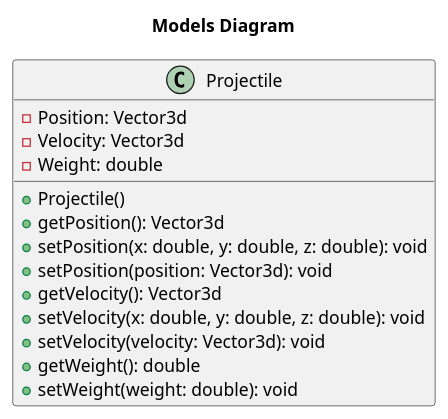
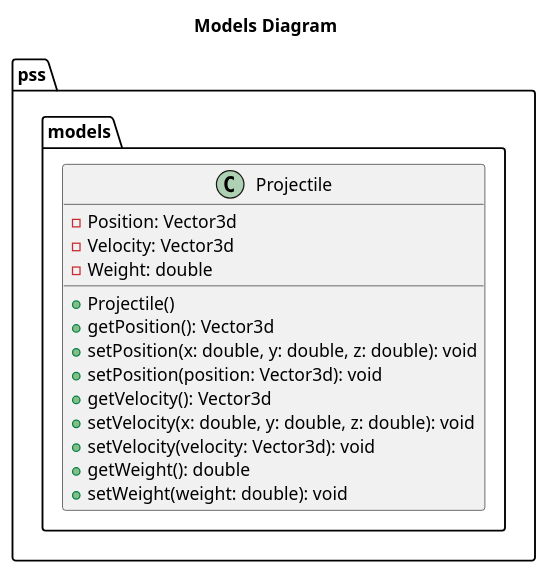
The fourth of 8 diagrams in docs/res/design.org (katanallama/projectile-simulation-suite), drawn with PlantUML before and after one commit. The commit also changed other lines of this file and 12 other files, not shown here.

```diff
--- a/docs/res/design.org
+++ b/docs/res/design.org
@@ -71,21 +208,23 @@
 #+begin_src plantuml :file projectile.png
 @startuml
 title Models Diagram
 
-class "Projectile" as Projectile {
-    -Position: Vector3d
-    -Velocity: Vector3d
-    -Weight: double
-    +Projectile()
-    +getPosition(): Vector3d
-    +setPosition(x: double, y: double, z: double): void
-    +setPosition(position: Vector3d): void
-    +getVelocity(): Vector3d
-    +setVelocity(x: double, y: double, z: double): void
-    +setVelocity(velocity: Vector3d): void
-    +getWeight(): double
-    +setWeight(weight: double): void
+package pss.models {
+    class "Projectile" as Projectile {
+        -Position: Vector3d
+        -Velocity: Vector3d
+        -Weight: double
+        +Projectile()
+        +getPosition(): Vector3d
+        +setPosition(x: double, y: double, z: double): void
+        +setPosition(position: Vector3d): void
+        +getVelocity(): Vector3d
+        +setVelocity(x: double, y: double, z: double): void
+        +setVelocity(velocity: Vector3d): void
+        +getWeight(): double
+        +setWeight(weight: double): void
+    }
 }
 
 @enduml
 #+end_src
```
